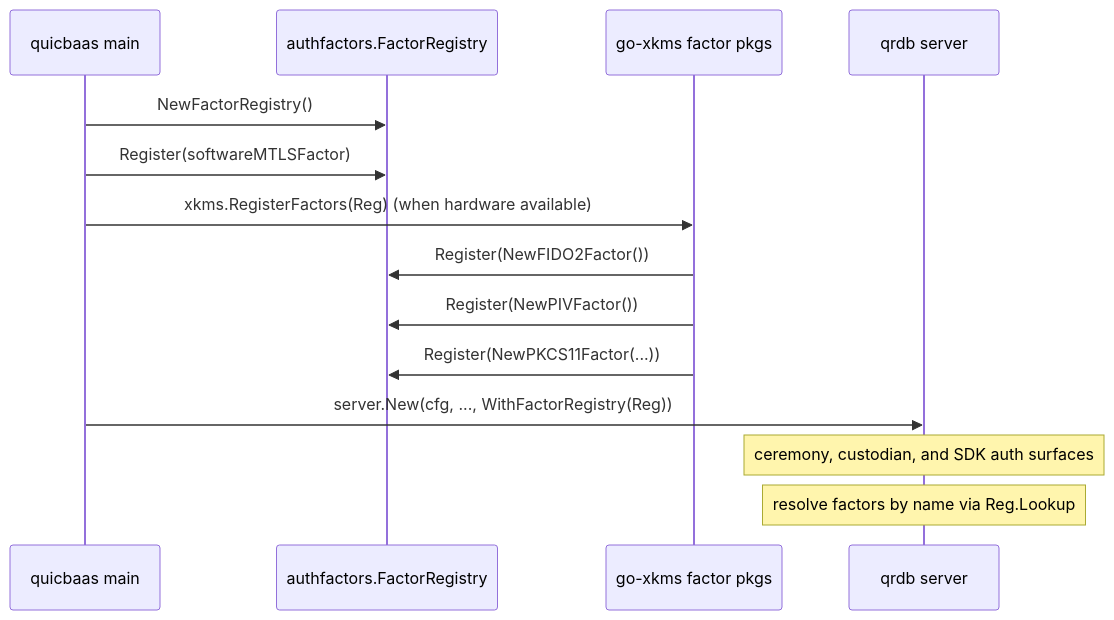
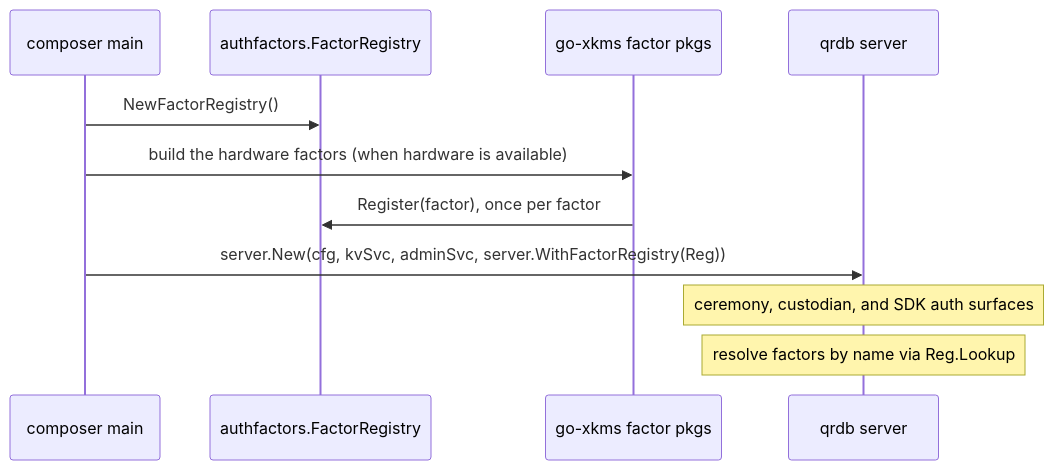
Before and after one commit to jeremyhahn/go-qrdb: the diagram in docs/seal/auth-factors.md, drawn with Mermaid. The commit also changed other lines of this file and 95 other files, not shown here.

````diff
--- a/docs/seal/auth-factors.md
+++ b/docs/seal/auth-factors.md
@@ -106,16 +107,13 @@
 ```mermaid
 sequenceDiagram
-    participant App as quicbaas main
+    participant App as composer main
     participant Reg as authfactors.FactorRegistry
     participant XKMS as go-xkms factor pkgs
     participant QRDB as qrdb server
     App->>Reg: NewFactorRegistry()
-    App->>Reg: Register(softwareMTLSFactor)
-    App->>XKMS: xkms.RegisterFactors(Reg) (when hardware available)
-    XKMS->>Reg: Register(NewFIDO2Factor())
-    XKMS->>Reg: Register(NewPIVFactor())
-    XKMS->>Reg: Register(NewPKCS11Factor(...))
-    App->>QRDB: server.New(cfg, ..., WithFactorRegistry(Reg))
+    App->>XKMS: build the hardware factors (when hardware is available)
+    XKMS->>Reg: Register(factor), once per factor
+    App->>QRDB: server.New(cfg, kvSvc, adminSvc, server.WithFactorRegistry(Reg))
     Note over QRDB: ceremony, custodian, and SDK auth surfaces
     Note over QRDB: resolve factors by name via Reg.Lookup
 ```
````
